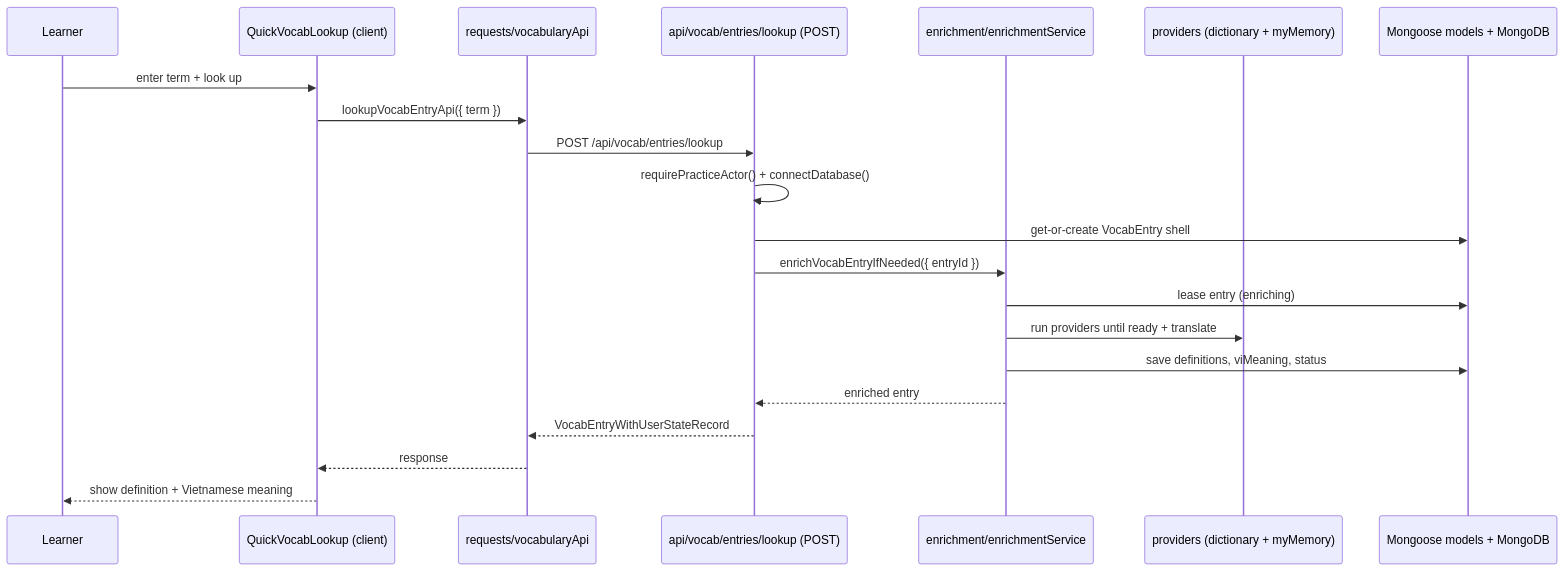
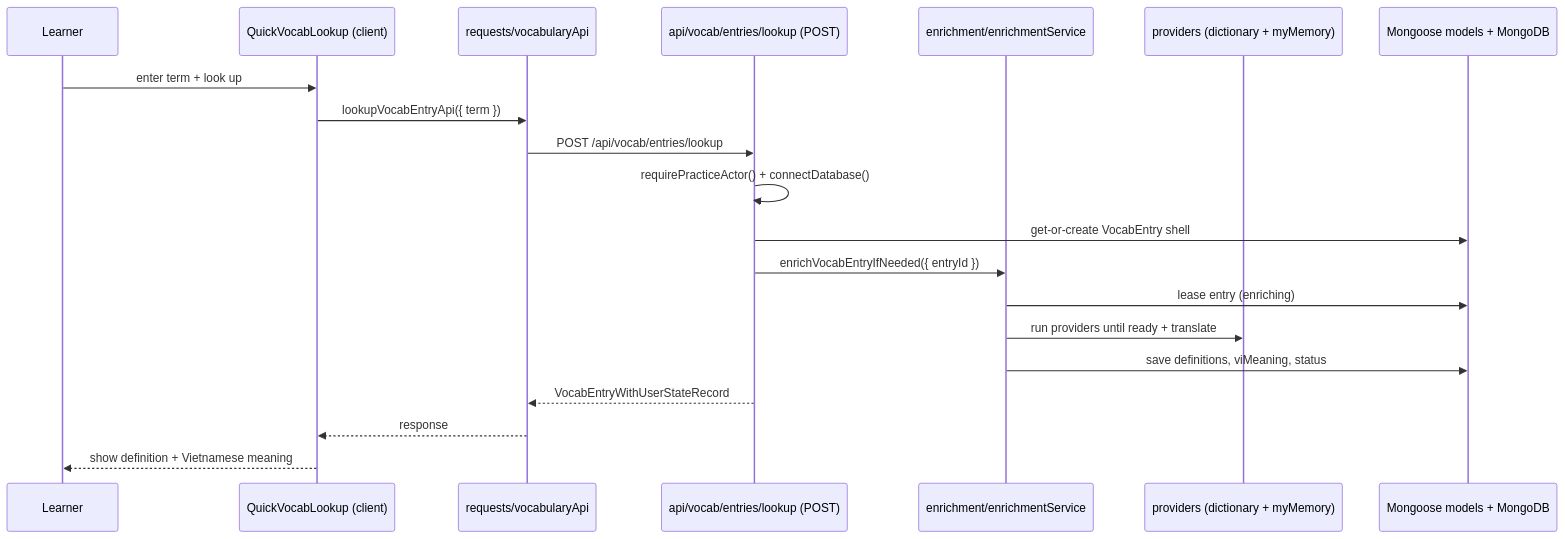
The third of 4 diagrams in docs/02-architecture.md (NaKMiers/English_For_Only_Me), drawn with Mermaid before and after one commit. The commit also changed other lines of this file and 12 other files, not shown here.

````diff
--- a/docs/02-architecture.md
+++ b/docs/02-architecture.md
@@ -287,24 +321,23 @@
 ```mermaid
 sequenceDiagram
   participant U as Learner
   participant Shell as QuickVocabLookup (client)
   participant Api as requests/vocabularyApi
   participant Route as api/vocab/entries/lookup (POST)
   participant Enrich as enrichment/enrichmentService
   participant Prov as providers (dictionary + myMemory)
   participant DB as Mongoose models + MongoDB
 
   U->>Shell: enter term + look up
   Shell->>Api: lookupVocabEntryApi({ term })
   Api->>Route: POST /api/vocab/entries/lookup
   Route->>Route: requirePracticeActor() + connectDatabase()
   Route->>DB: get-or-create VocabEntry shell
   Route->>Enrich: enrichVocabEntryIfNeeded({ entryId })
   Enrich->>DB: lease entry (enriching)
   Enrich->>Prov: run providers until ready + translate
   Enrich->>DB: save definitions, viMeaning, status
-  Enrich-->>Route: enriched entry
   Route-->>Api: VocabEntryWithUserStateRecord
   Api-->>Shell: response
   Shell-->>U: show definition + Vietnamese meaning
 ```
````
